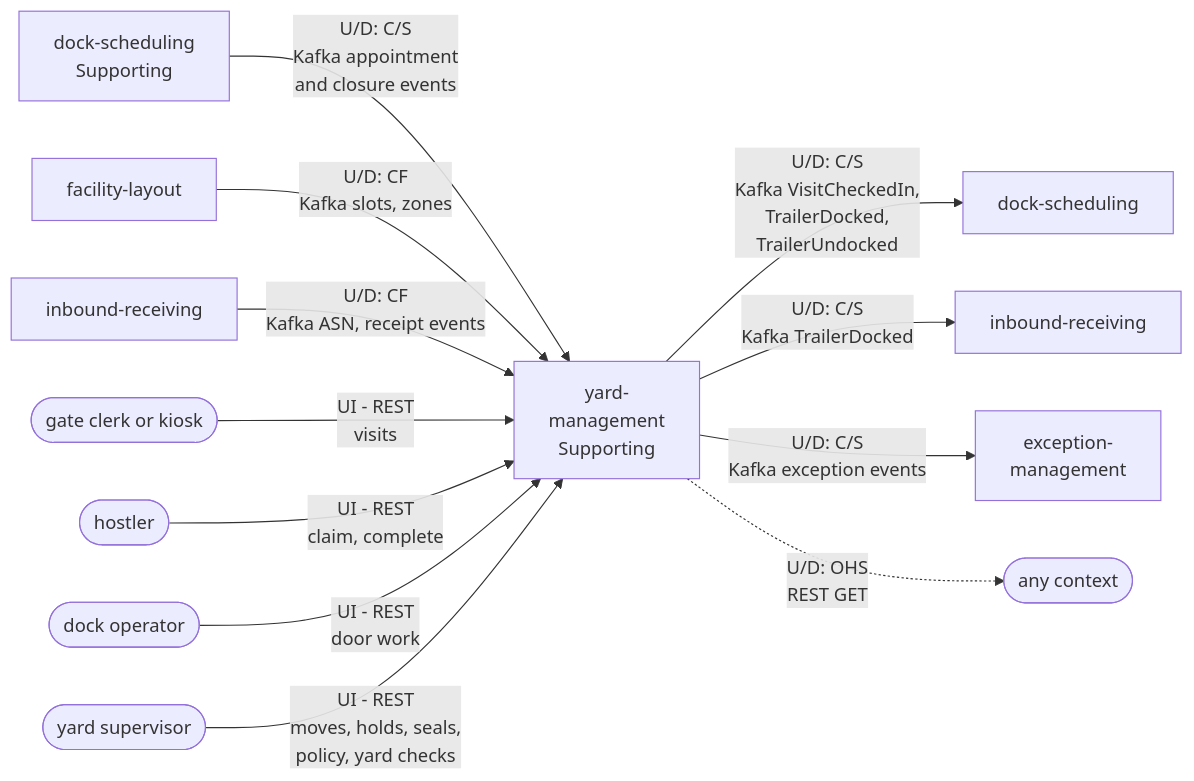
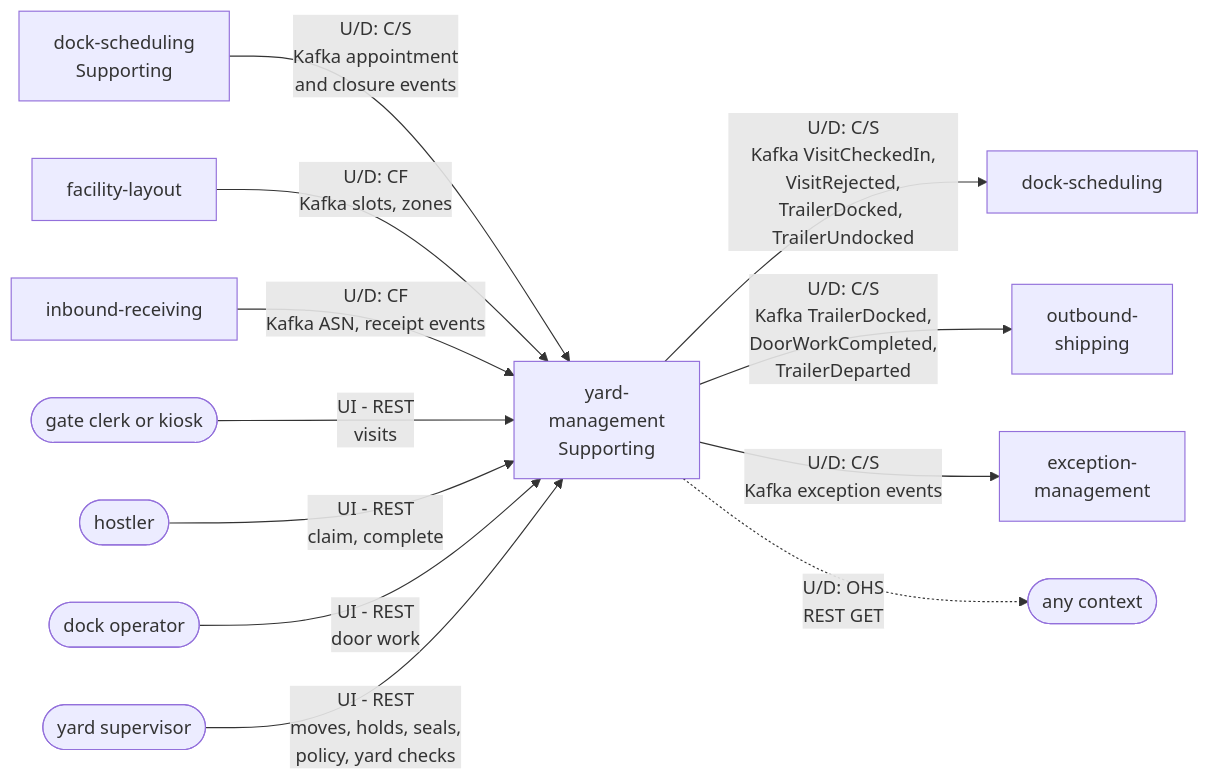
The diagram in yard/docs/contexts/yard-management/context-map.md (IQVO/warehouse-docs), drawn with Mermaid before and after one commit. The commit also changed other lines of this file and 51 other files, not shown here.

````diff
--- a/yard/docs/contexts/yard-management/context-map.md
+++ b/yard/docs/contexts/yard-management/context-map.md
@@ -21,27 +21,27 @@
 ```mermaid
 flowchart LR
     DS1["dock-scheduling<br/>Supporting"]
     FL["facility-layout"]
     IR1["inbound-receiving"]
     GC(["gate clerk or kiosk"])
     HO(["hostler"])
     DO(["dock operator"])
     SU(["yard supervisor"])
     YM["yard-<br/>management<br/>Supporting"]
     DS2["dock-scheduling"]
-    IR2["inbound-receiving"]
+    OS["outbound-<br/>shipping"]
     EM["exception-<br/>management"]
     ANY(["any context"])
 
     DS1 -->|"U/D: C/S<br/>Kafka appointment<br/>and closure events"| YM
     FL -->|"U/D: CF<br/>Kafka slots, zones"| YM
     IR1 -->|"U/D: CF<br/>Kafka ASN, receipt events"| YM
     GC -->|"UI - REST<br/>visits"| YM
     HO -->|"UI - REST<br/>claim, complete"| YM
     DO -->|"UI - REST<br/>door work"| YM
     SU -->|"UI - REST<br/>moves, holds, seals,<br/>policy, yard checks"| YM
-    YM -->|"U/D: C/S<br/>Kafka VisitCheckedIn,<br/>TrailerDocked,<br/>TrailerUndocked"| DS2
-    YM -->|"U/D: C/S<br/>Kafka TrailerDocked"| IR2
+    YM -->|"U/D: C/S<br/>Kafka VisitCheckedIn,<br/>VisitRejected,<br/>TrailerDocked, TrailerUndocked"| DS2
+    YM -->|"U/D: C/S<br/>Kafka TrailerDocked,<br/>DoorWorkCompleted,<br/>TrailerDeparted"| OS
     YM -->|"U/D: C/S<br/>Kafka exception events"| EM
     YM -.->|"U/D: OHS<br/>REST GET"| ANY
 ```
````
